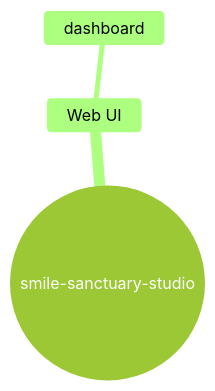
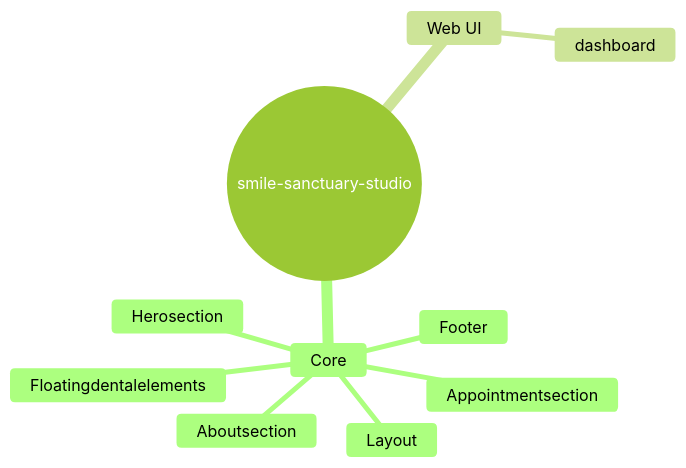
One commit to Punyamittal/smile-sanctuary-studio changed the fourth of 4 diagrams in README.md. Above: the diagram before and after it, drawn with Mermaid (forest theme). The commit also changed other lines of this file, not shown here.

````diff
--- a/README.md
+++ b/README.md
@@ -203,6 +186,13 @@
 ```mermaid
 mindmap
   root((smile-sanctuary-studio))
+    Core
+      Aboutsection
+      Appointmentsection
+      Floatingdentalelements
+      Footer
+      Herosection
+      Layout
     Web UI
       dashboard
 ```
````
